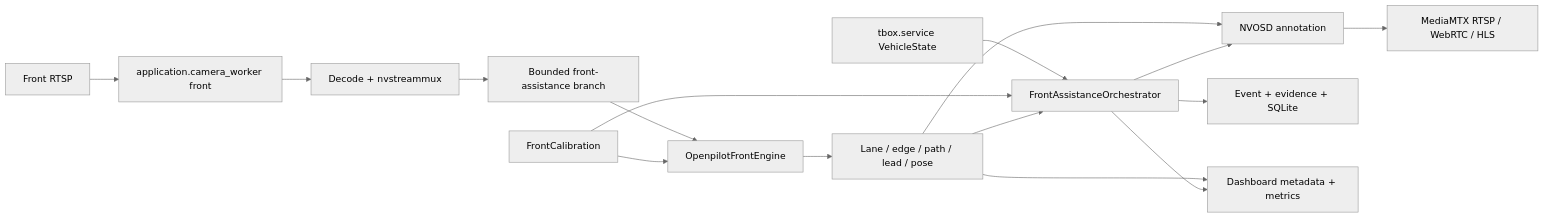
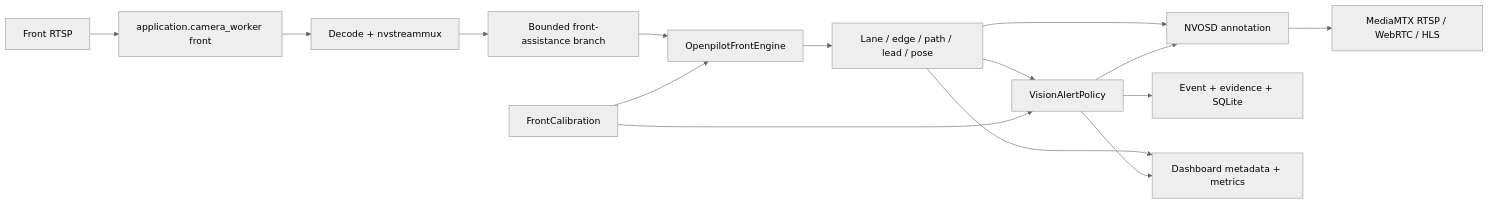
One commit to Kira7dn/ComputerVision changed the second of 2 diagrams in docs/architecture/Platform.md. Above: the diagram before and after it, drawn with Mermaid (neutral theme). The commit also changed other lines of this file and 23 other files, not shown here.

````diff
--- a/docs/architecture/Platform.md
+++ b/docs/architecture/Platform.md
@@ -571,18 +571,17 @@
 ```mermaid
 flowchart LR
     Camera[Front RTSP] --> Worker[application.camera_worker front]
     Worker --> Decode[Decode + nvstreammux]
     Decode --> FrontBranch[Bounded front-assistance branch]
     FrontBranch --> Engine[OpenpilotFrontEngine]
     Engine --> Perception[Lane / edge / path / lead / pose]
-    Vehicle[tbox.service VehicleState] --> Policy[FrontAssistanceOrchestrator]
+    Perception --> Policy[VisionAlertPolicy]
     Calibration[FrontCalibration] --> Engine
     Calibration --> Policy
-    Perception --> Policy
     Perception --> OSD[NVOSD annotation]
     Policy --> OSD
     Policy --> Evidence[Event + evidence + SQLite]
     OSD --> MediaMTX[MediaMTX RTSP / WebRTC / HLS]
     Perception --> API[Dashboard metadata + metrics]
     Policy --> API
 ```
````
